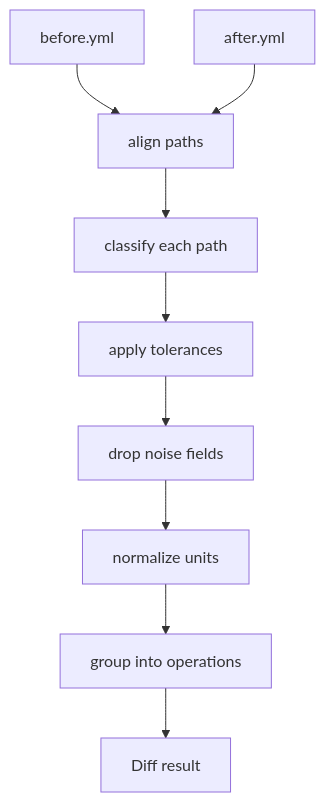
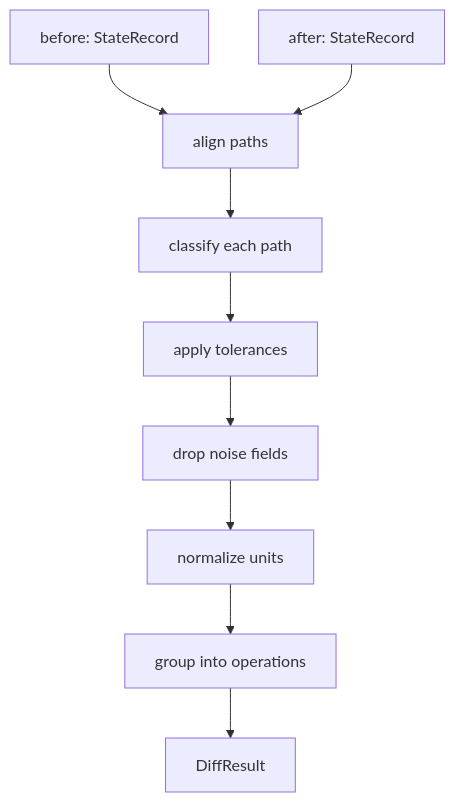
The diagram in src/pytribeam/mcp/README.md (sandialabs/pytribeam), drawn with Mermaid before and after one commit. The commit also changed other lines of this file and 14 other files, not shown here.

````diff
--- a/src/pytribeam/mcp/README.md
+++ b/src/pytribeam/mcp/README.md
@@ -168,11 +220,11 @@
 ```mermaid
 flowchart TD
-    A[before.yml] --> C[align paths]
-    B[after.yml] --> C
+    A[before: StateRecord] --> C[align paths]
+    B[after: StateRecord] --> C
     C --> D[classify each path]
     D --> E[apply tolerances]
     E --> F[drop noise fields]
     F --> G[normalize units]
     G --> H[group into operations]
-    H --> I[Diff result]
+    H --> I[DiffResult]
 ```
````
